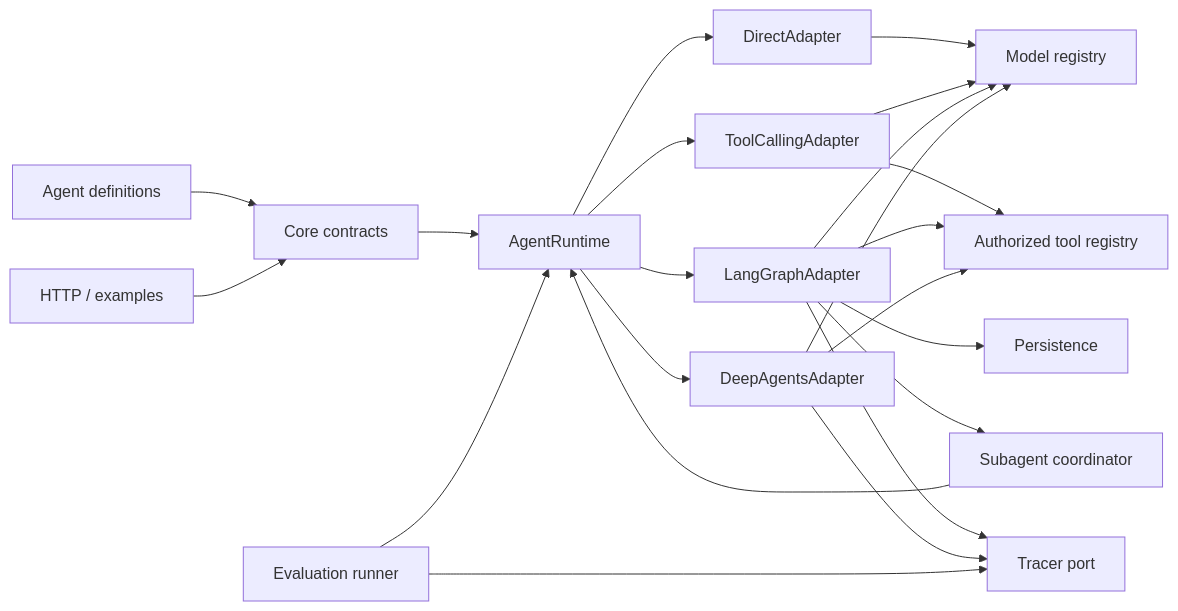
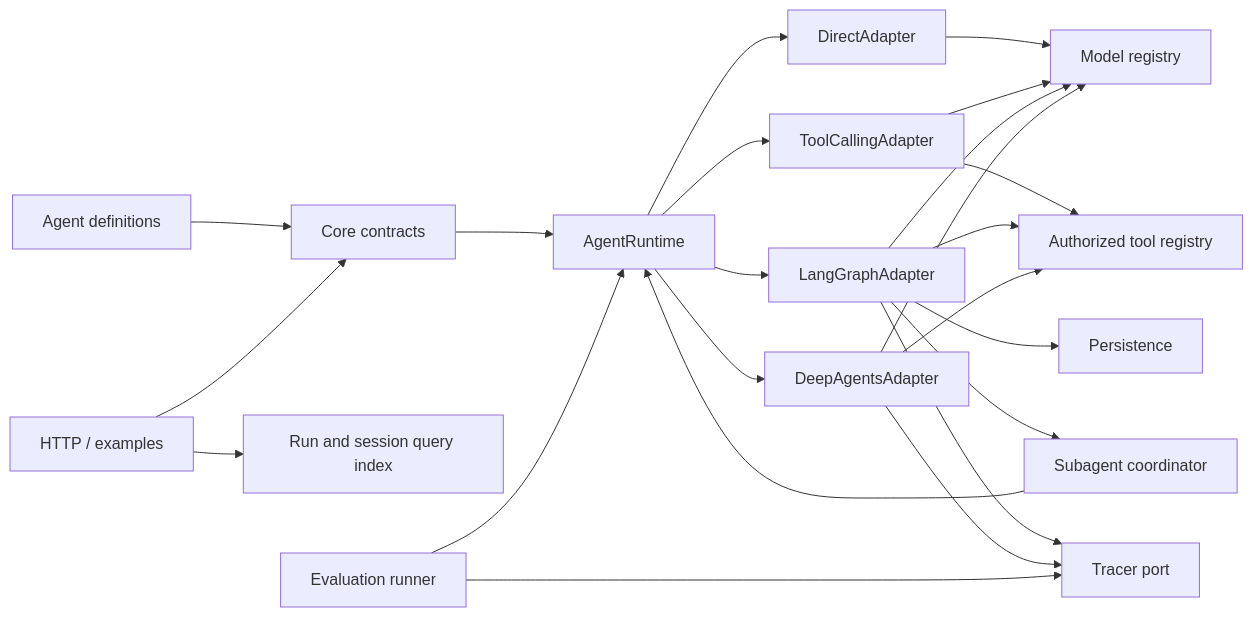
Before and after one commit to sarreche/boio-agents-lab: the diagram in docs/01-architecture.md, drawn with Mermaid. The commit also changed other lines of this file and 11 other files, not shown here.

````diff
--- a/docs/01-architecture.md
+++ b/docs/01-architecture.md
@@ -16,24 +16,25 @@
 ```mermaid
 flowchart LR
     Agents[Agent definitions] --> Core[Core contracts]
     API[HTTP / examples] --> Core
+    API --> QueryIndex[Run and session query index]
     Core --> RuntimePort[AgentRuntime]
     RuntimePort --> DirectAdapter
     RuntimePort --> ToolCallingAdapter
     RuntimePort --> LangGraphAdapter
     RuntimePort --> DeepAgentsAdapter
     DirectAdapter --> Providers[Model registry]
     ToolCallingAdapter --> Providers
     ToolCallingAdapter --> Tools[Authorized tool registry]
     LangGraphAdapter --> Providers[Model registry]
     DeepAgentsAdapter --> Providers
     LangGraphAdapter --> Tools
     DeepAgentsAdapter --> Tools
     LangGraphAdapter --> Persistence
     LangGraphAdapter --> Delegation[Subagent coordinator]
     Delegation --> RuntimePort
     LangGraphAdapter --> Tracing[Tracer port]
     DeepAgentsAdapter --> Tracing
     Evaluation[Evaluation runner] --> RuntimePort
     Evaluation --> Tracing
 ```
````
